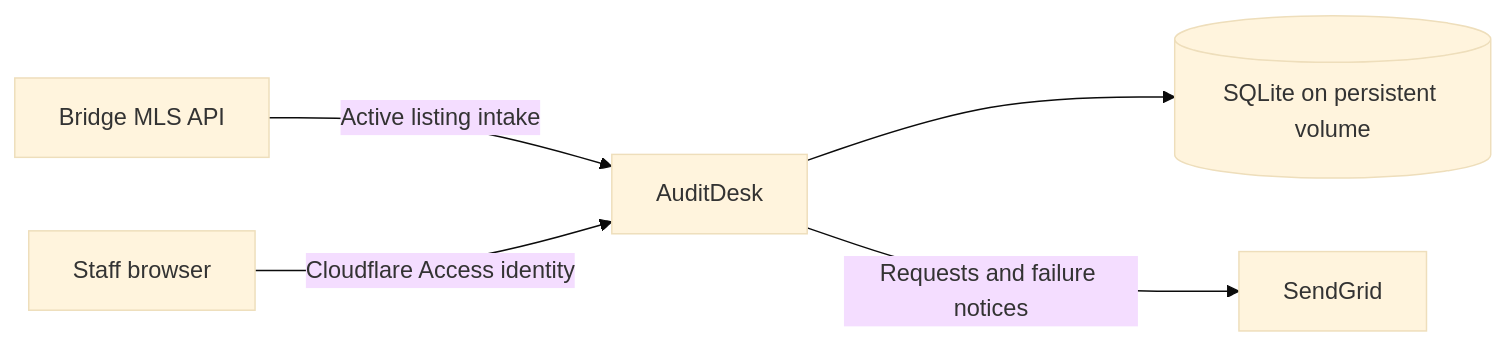
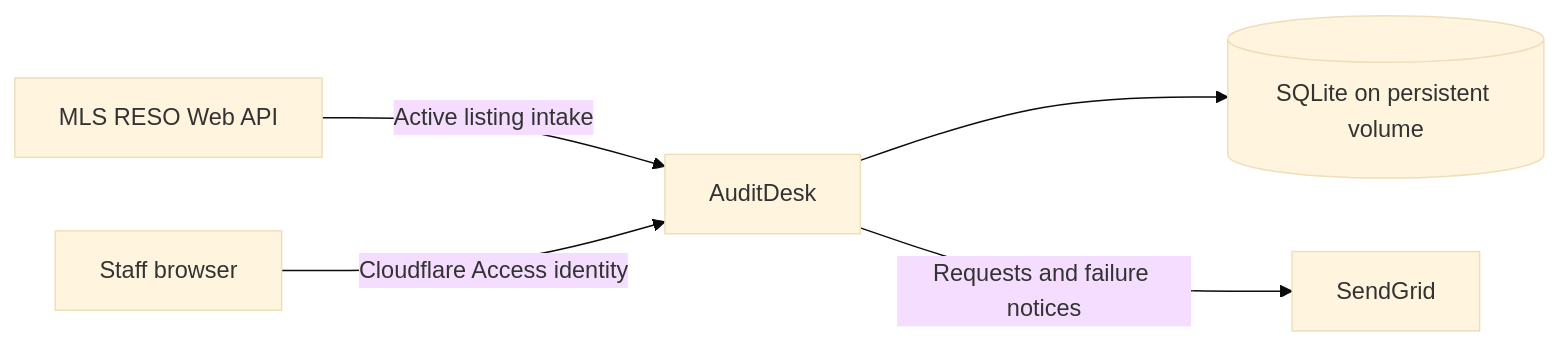
Before and after one commit to RAHB-REALTORS-Association/AuditDesk: the diagram in README.md, drawn with Mermaid (base theme). The commit also changed other lines of this file and 7 other files, not shown here.

````diff
--- a/README.md
+++ b/README.md
@@ -22,7 +24,7 @@
 ```mermaid
 flowchart LR
-    Bridge[Bridge MLS API] -->|Active listing intake| App[AuditDesk]
+    MLS[MLS RESO Web API] -->|Active listing intake| App[AuditDesk]
     Staff[Staff browser] -->|Cloudflare Access identity| App
     App --> DB[(SQLite on persistent volume)]
     App -->|Requests and failure notices| SendGrid[SendGrid]
 ```
````
